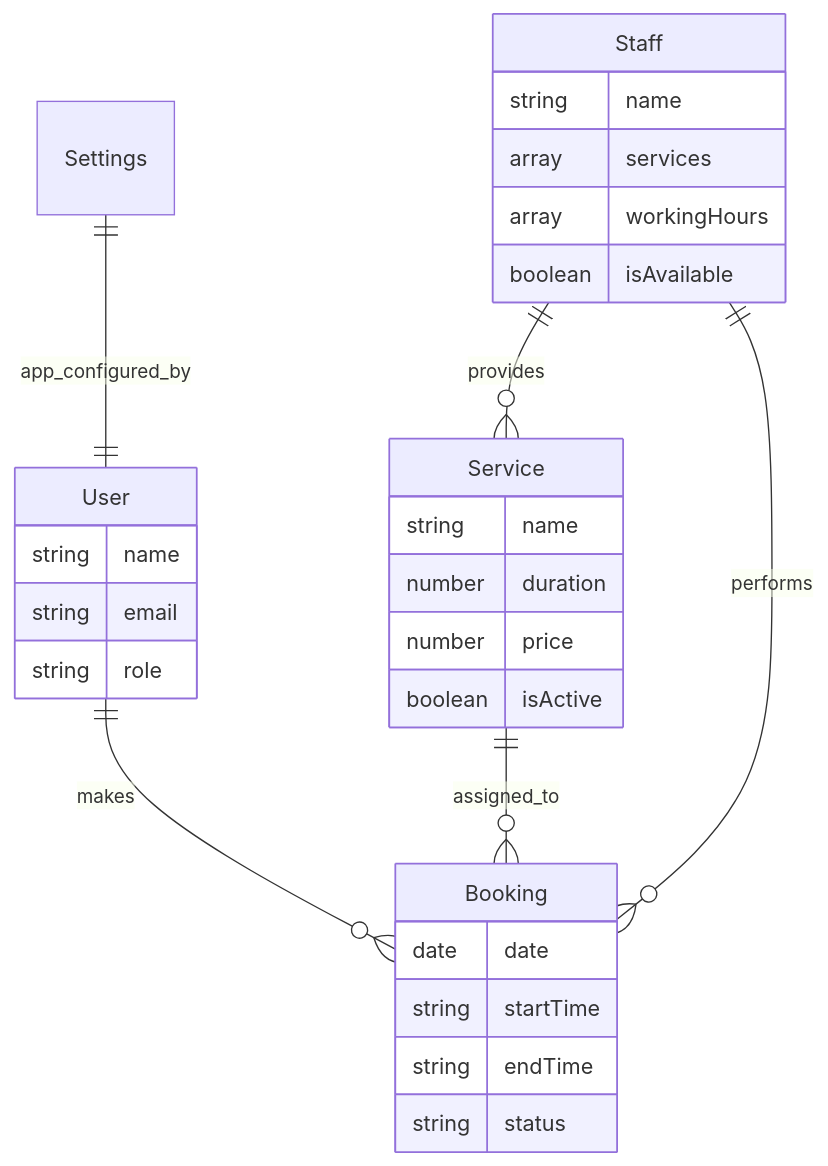
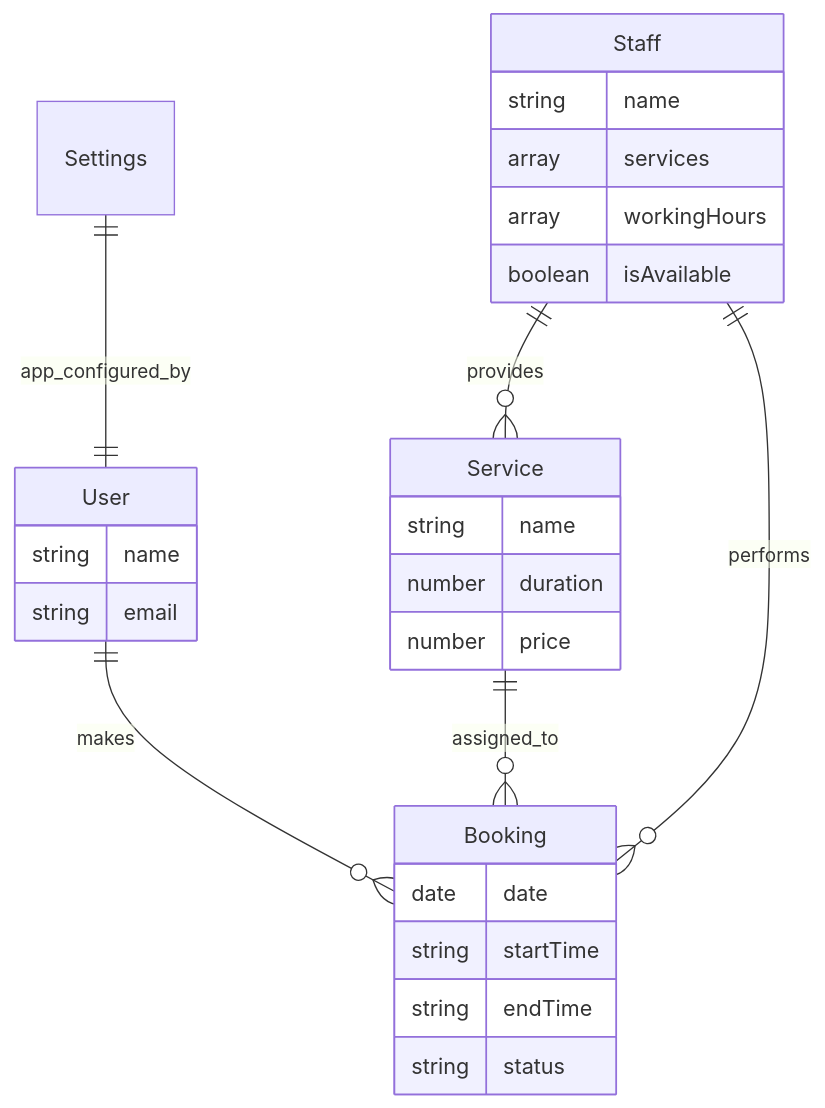
One commit to HarichndR/assignment_hair_rap_by_yoyo changed the diagram in README.md. Above: the diagram before and after it, drawn with Mermaid. The commit also changed other lines of this file and 109 other files, not shown here.

````diff
--- a/README.md
+++ b/README.md
@@ -62,32 +49,30 @@
 ```mermaid
 erDiagram
     User ||--o{ Booking : makes
     Service ||--o{ Booking : assigned_to
     Staff ||--o{ Booking : performs
     Staff ||--o{ Service : provides
     Settings ||--|| User : app_configured_by
 
     User {
         string name
         string email
-        string role
     }
     Staff {
         string name
         array services
         array workingHours
         boolean isAvailable
     }
     Service {
         string name
         number duration
         number price
-        boolean isActive
     }
     Booking {
         date date
         string startTime
         string endTime
         string status
     }
 ```
````
